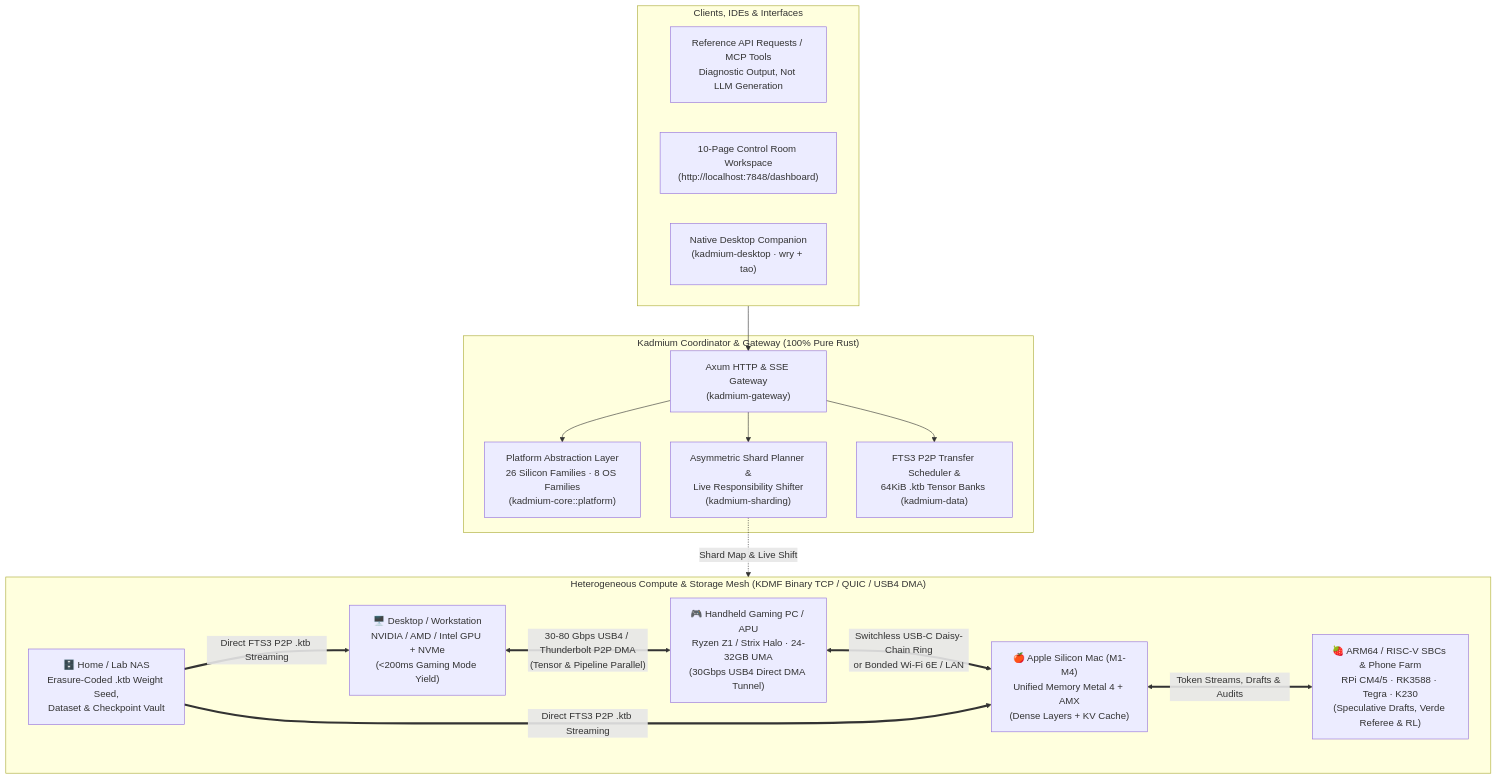
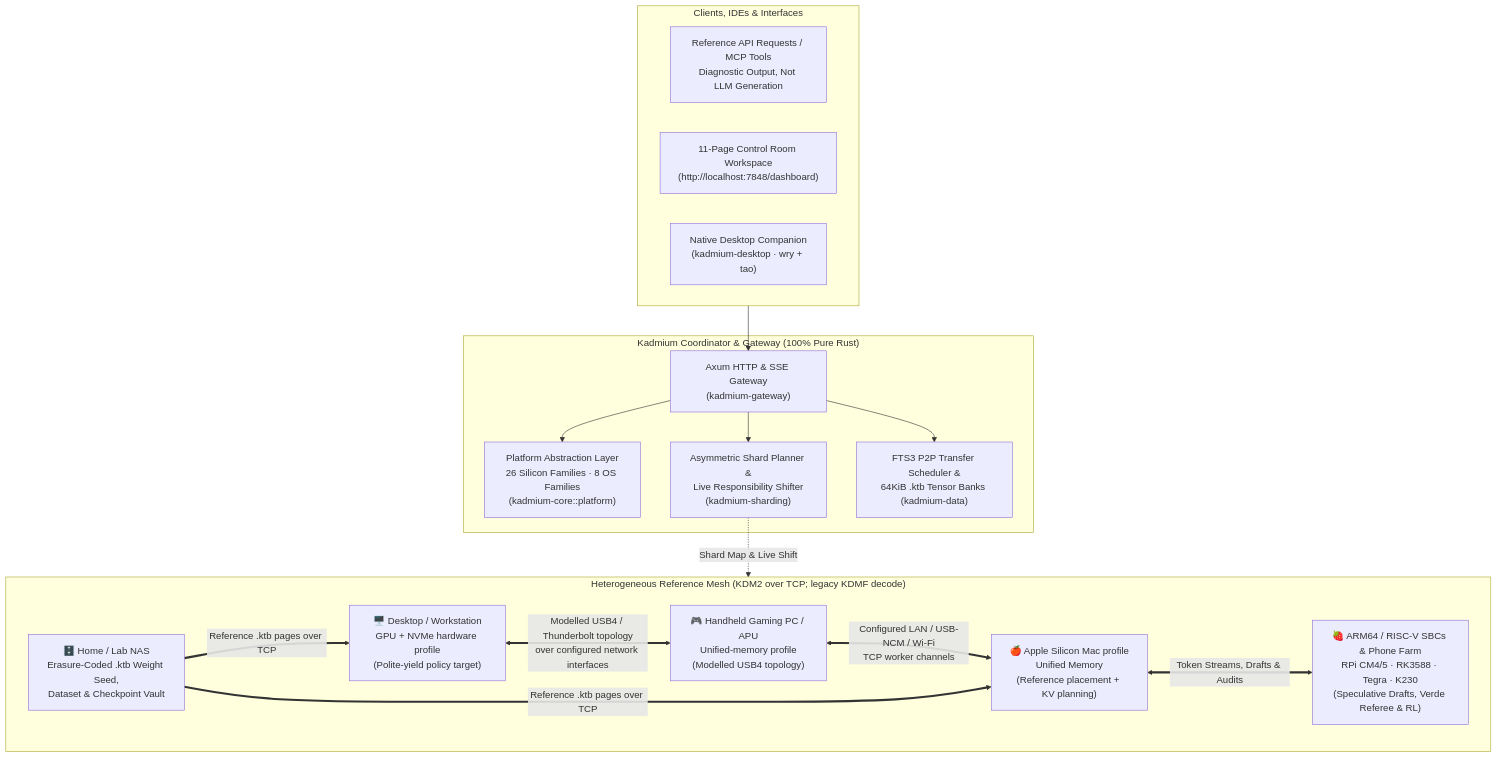
The diagram in readme.md (mESmaC/Kadmium), drawn with Mermaid before and after one commit. The commit also changed other lines of this file and 22 other files, not shown here.

````diff
--- a/readme.md
+++ b/readme.md
@@ -127,35 +116,35 @@
 ```mermaid
 flowchart TB
     subgraph Clients["Clients, IDEs & Interfaces"]
         API["Reference API Requests / MCP Tools\nDiagnostic Output, Not LLM Generation"]
-        ControlRoom["10-Page Control Room Workspace\n(http://localhost:7848/dashboard)"]
+        ControlRoom["11-Page Control Room Workspace\n(http://localhost:7848/dashboard)"]
         Companion["Native Desktop Companion\n(kadmium-desktop · wry + tao)"]
     end
 
     subgraph ControlPlane["Kadmium Coordinator & Gateway (100% Pure Rust)"]
         Gateway["Axum HTTP & SSE Gateway\n(kadmium-gateway)"]
         PlatformLayer["Platform Abstraction Layer\n26 Silicon Families · 8 OS Families\n(kadmium-core::platform)"]
         ShardPlanner["Asymmetric Shard Planner &\nLive Responsibility Shifter\n(kadmium-sharding)"]
         FTS["FTS3 P2P Transfer Scheduler &\n64KiB .ktb Tensor Banks (kadmium-data)"]
     end
 
-    subgraph Mesh["Heterogeneous Compute & Storage Mesh (KDMF Binary TCP / QUIC / USB4 DMA)"]
-        MainPC["🖥️ Desktop / Workstation\nNVIDIA / AMD / Intel GPU + NVMe\n(<200ms Gaming Mode Yield)"]
-        Handheld["🎮 Handheld Gaming PC / APU\nRyzen Z1 / Strix Halo · 24-32GB UMA\n(30Gbps USB4 Direct DMA Tunnel)"]
-        MacMini["🍎 Apple Silicon Mac (M1-M4)\nUnified Memory Metal 4 + AMX\n(Dense Layers + KV Cache)"]
+    subgraph Mesh["Heterogeneous Reference Mesh (KDM2 over TCP; legacy KDMF decode)"]
+        MainPC["🖥️ Desktop / Workstation\nGPU + NVMe hardware profile\n(Polite-yield policy target)"]
+        Handheld["🎮 Handheld Gaming PC / APU\nUnified-memory profile\n(Modelled USB4 topology)"]
+        MacMini["🍎 Apple Silicon Mac profile\nUnified Memory\n(Reference placement + KV planning)"]
         SBCs["🍓 ARM64 / RISC-V SBCs & Phone Farm\nRPi CM4/5 · RK3588 · Tegra · K230\n(Speculative Drafts, Verde Referee & RL)"]
         NAS["🗄️ Home / Lab NAS\nErasure-Coded .ktb Weight Seed,\nDataset & Checkpoint Vault"]
     end
 
     Clients --> Gateway
     Gateway --> PlatformLayer
     Gateway --> ShardPlanner
     Gateway --> FTS
 
     ShardPlanner -. "Shard Map & Live Shift" .-> Mesh
-    MainPC <== "30-80 Gbps USB4 / Thunderbolt P2P DMA\n(Tensor & Pipeline Parallel)" ==> Handheld
-    Handheld <== "Switchless USB-C Daisy-Chain Ring\nor Bonded Wi-Fi 6E / LAN" ==> MacMini
-    NAS == "Direct FTS3 P2P .ktb Streaming" ==> MainPC
-    NAS == "Direct FTS3 P2P .ktb Streaming" ==> MacMini
+    MainPC <== "Modelled USB4 / Thunderbolt topology\nover configured network interfaces" ==> Handheld
+    Handheld <== "Configured LAN / USB-NCM / Wi-Fi\nTCP worker channels" ==> MacMini
+    NAS == "Reference .ktb pages over TCP" ==> MainPC
+    NAS == "Reference .ktb pages over TCP" ==> MacMini
     MacMini <== "Token Streams, Drafts & Audits" ==> SBCs
 ```
````
